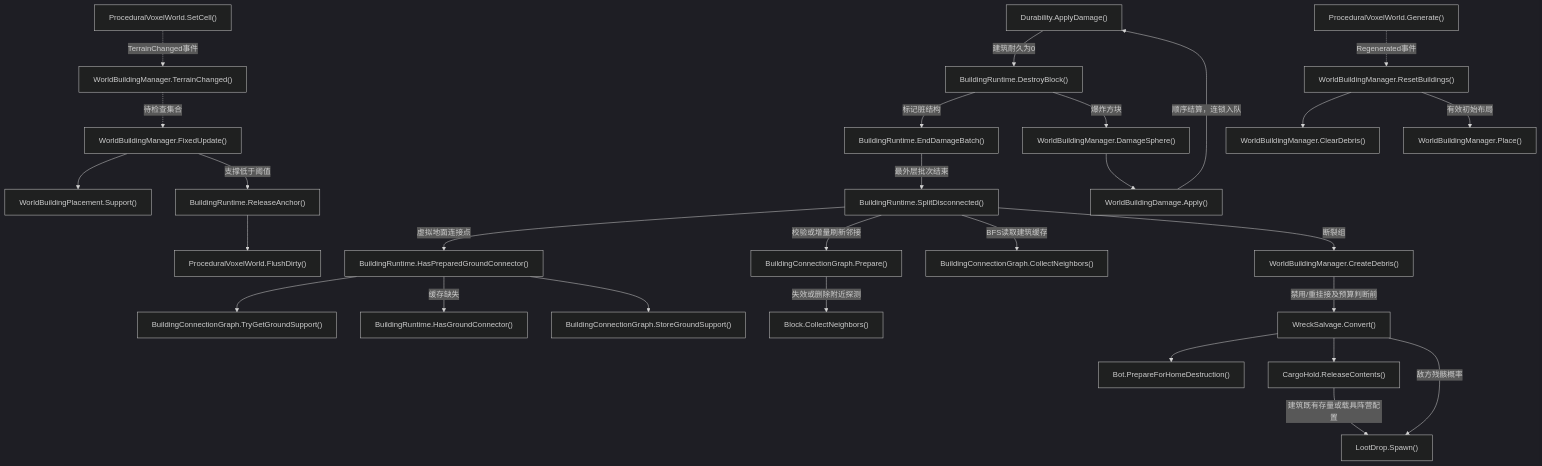
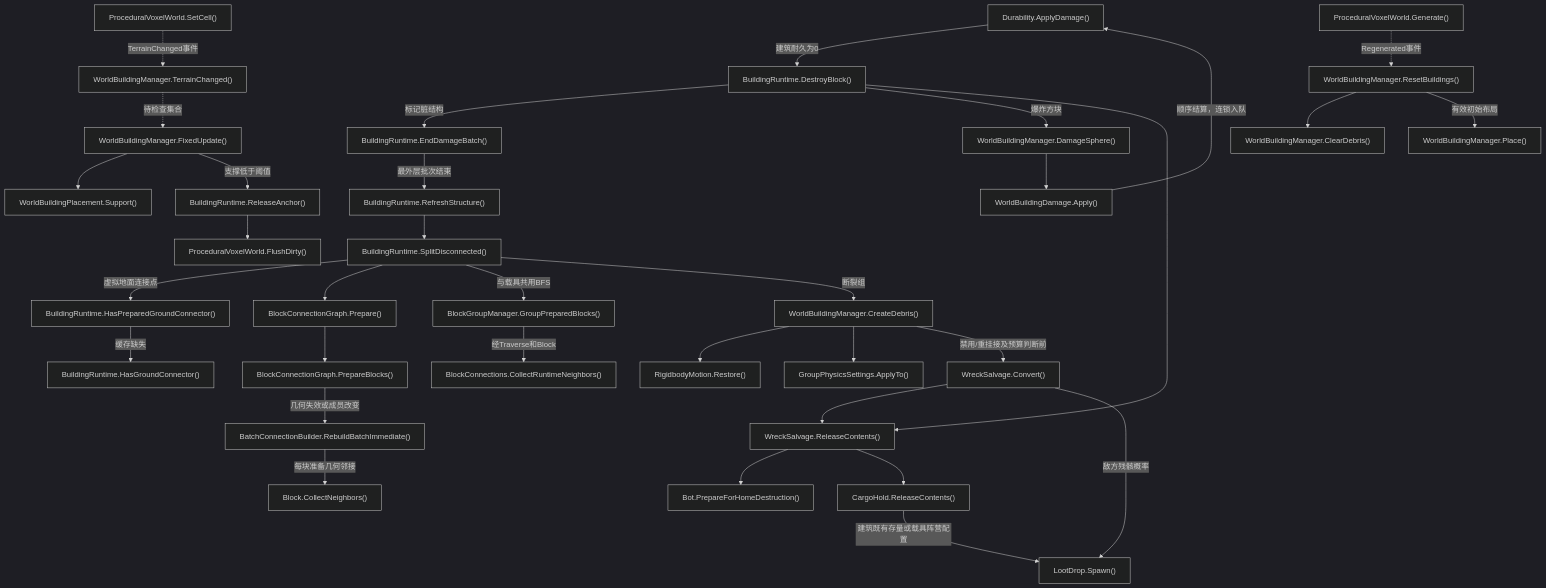
One commit to kukudia/HY-Sandbox changed diagram 24 of 44 in Docs/RuntimeFlow.md. Above: the diagram before and after it, drawn with Mermaid (dark theme). The commit also changed other lines of this file and 61 other files, not shown here.

```diff
--- a/Docs/RuntimeFlow.md
+++ b/Docs/RuntimeFlow.md
@@ -2269,15 +2413,15 @@
     D["WorldBuildingPlacement.Support()"]
     click D "../Assets/Scripts/Features/World/Buildings/Placement/WorldBuildingPlacement.cs#L111" "打开源码"
     E["BuildingRuntime.ReleaseAnchor()"]
-    click E "../Assets/Scripts/Features/World/Buildings/BuildingRuntime.cs#L409" "打开源码"
+    click E "../Assets/Scripts/Features/World/Buildings/BuildingRuntime.cs#L352" "打开源码"
     F["ProceduralVoxelWorld.FlushDirty()"]
     click F "../Assets/Scripts/Features/World/Terrain/ProceduralVoxelWorld.cs#L538" "打开源码"
     G["Durability.ApplyDamage()"]
     click G "../Assets/Scripts/Features/Combat/Damage/Durability.cs#L79" "打开源码"
     H["BuildingRuntime.DestroyBlock()"]
-    click H "../Assets/Scripts/Features/World/Buildings/BuildingRuntime.cs#L242" "打开源码"
+    click H "../Assets/Scripts/Features/World/Buildings/BuildingRuntime.cs#L244" "打开源码"
     I["BuildingRuntime.SplitDisconnected()"]
-    click I "../Assets/Scripts/Features/World/Buildings/BuildingRuntime.cs#L289" "打开源码"
+    click I "../Assets/Scripts/Features/World/Buildings/BuildingRuntime.cs#L286" "打开源码"
     J["Block.CollectNeighbors()"]
     click J "../Assets/Scripts/Features/Simulation/Block.cs#L378" "打开源码"
     K["WorldBuildingManager.CreateDebris()"]
@@ -2287,35 +2431,45 @@
     M["WorldBuildingDamage.Apply()"]
     click M "../Assets/Scripts/Features/World/Buildings/Topology/WorldBuildingDamage.cs#L18" "打开源码"
     W["BuildingRuntime.EndDamageBatch()"]
-    click W "../Assets/Scripts/Features/World/Buildings/BuildingRuntime.cs#L64" "打开源码"
-    X["BuildingConnectionGraph.Prepare()"]
-    click X "../Assets/Scripts/Features/World/Buildings/Topology/BuildingConnectionGraph.cs#L15" "打开源码"
-    Y["BuildingConnectionGraph.CollectNeighbors()"]
-    click Y "../Assets/Scripts/Features/World/Buildings/Topology/BuildingConnectionGraph.cs#L109" "打开源码"
+    click W "../Assets/Scripts/Features/World/Buildings/BuildingRuntime.cs#L66" "打开源码"
+    X["BlockConnectionGraph.Prepare()"]
+    click X "../Assets/Scripts/Features/Simulation/Connections/BlockConnectionGraph.cs#L19" "打开源码"
+    Y["BlockGroupManager.GroupPreparedBlocks()"]
+    click Y "../Assets/Scripts/Features/Simulation/Groups/BlockGroupManager.cs#L27" "打开源码"
     N["ProceduralVoxelWorld.Generate()"]
     click N "../Assets/Scripts/Features/World/Terrain/ProceduralVoxelWorld.cs#L99" "打开源码"
     O["WorldBuildingManager.ResetBuildings()"]
     click O "../Assets/Scripts/Features/World/Buildings/WorldBuildingManager.cs#L338" "打开源码"
     P["WorldBuildingManager.ClearDebris()"]
-    click P "../Assets/Scripts/Features/World/Buildings/WorldBuildingManager.cs#L474" "打开源码"
+    click P "../Assets/Scripts/Features/World/Buildings/WorldBuildingManager.cs#L475" "打开源码"
     Q["WorldBuildingManager.Place()"]
     click Q "../Assets/Scripts/Features/World/Buildings/WorldBuildingManager.cs#L96" "打开源码"
     R["BuildingRuntime.HasGroundConnector()"]
-    click R "../Assets/Scripts/Features/World/Buildings/BuildingRuntime.cs#L388" "打开源码"
+    click R "../Assets/Scripts/Features/World/Buildings/BuildingRuntime.cs#L331" "打开源码"
     S["WreckSalvage.Convert()"]
     click S "../Assets/Scripts/Features/Salvage/Drops/WreckSalvage.cs#L10" "打开源码"
     T["CargoHold.ReleaseContents()"]
     click T "../Assets/Scripts/Features/Salvage/Cargo/CargoHold.cs#L206" "打开源码"
     U["Bot.PrepareForHomeDestruction()"]
-    click U "../Assets/Scripts/Features/Bots/Bot.cs#L131" "打开源码"
+    click U "../Assets/Scripts/Features/Bots/Bot.cs#L138" "打开源码"
     V["LootDrop.Spawn()"]
     click V "../Assets/Scripts/Features/Salvage/Drops/LootDrop.cs#L83" "打开源码"
     Z["BuildingRuntime.HasPreparedGroundConnector()"]
-    click Z "../Assets/Scripts/Features/World/Buildings/BuildingRuntime.cs#L375" "打开源码"
-    AA["BuildingConnectionGraph.TryGetGroundSupport()"]
-    click AA "../Assets/Scripts/Features/World/Buildings/Topology/BuildingConnectionGraph.cs#L126" "打开源码"
-    AB["BuildingConnectionGraph.StoreGroundSupport()"]
-    click AB "../Assets/Scripts/Features/World/Buildings/Topology/BuildingConnectionGraph.cs#L138" "打开源码"
+    click Z "../Assets/Scripts/Features/World/Buildings/BuildingRuntime.cs#L312" "打开源码"
+    AA["BlockConnectionGraph.PrepareBlocks()"]
+    click AA "../Assets/Scripts/Features/Simulation/Connections/BlockConnectionGraph.cs#L109" "打开源码"
+    AB["BlockConnections.CollectRuntimeNeighbors()"]
+    click AB "../Assets/Scripts/Features/Simulation/Connections/BlockConnections.cs#L432" "打开源码"
+    AC["BuildingRuntime.RefreshStructure()"]
+    click AC "../Assets/Scripts/Features/World/Buildings/BuildingRuntime.cs#L53" "打开源码"
+    AD["BatchConnectionBuilder.RebuildBatchImmediate()"]
+    click AD "../Assets/Scripts/Features/Simulation/Connections/BatchConnectionBuilder.cs#L40" "打开源码"
+    AE["RigidbodyMotion.Restore()"]
+    click AE "../Assets/Scripts/Features/Simulation/Physics/RigidbodyMotion.cs#L17" "打开源码"
+    AF["GroupPhysicsSettings.ApplyTo()"]
+    click AF "../Assets/Scripts/Features/Simulation/Groups/GroupPhysicsSettings.cs#L12" "打开源码"
+    AG["WreckSalvage.ReleaseContents()"]
+    click AG "../Assets/Scripts/Features/Salvage/Drops/WreckSalvage.cs#L53" "打开源码"
     A -.->|TerrainChanged事件| B
     B -.->|待检查集合| C
     C --> D
@@ -2323,21 +2477,27 @@
     E --> F
     G -->|建筑耐久为0| H
     H -->|标记脏结构| W
-    W -->|最外层批次结束| I
+    W -->|最外层批次结束| AC
+    AC --> I
     I -->|虚拟地面连接点| Z
-    Z --> AA
     Z -->|缓存缺失| R
-    Z --> AB
-    I -->|校验或增量刷新邻接| X
-    X -->|失效或删除附近探测| J
-    I -->|BFS读取建筑缓存| Y
+    I --> X
+    X --> AA
+    AA -->|几何失效或成员改变| AD
+    AD -->|每块准备几何邻接| J
+    I -->|与载具共用BFS| Y
+    Y -->|经Traverse和Block| AB
     I -->|断裂组| K
+    K --> AE
+    K --> AF
     H -->|爆炸方块| L
     L --> M
     M -->|顺序结算，连锁入队| G
     K -->|禁用/重挂接及预算判断前| S
-    S --> U
-    S --> T
+    S --> AG
+    H --> AG
+    AG --> U
+    AG --> T
     S -->|敌方残骸概率| V
     T -->|建筑既有存量或载具阵营配置| V
     N -.->|Regenerated事件| O
```
